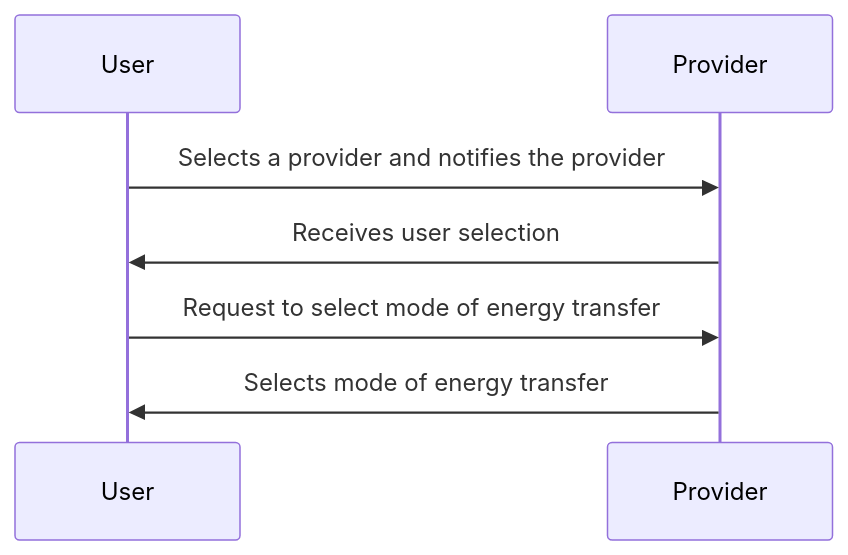
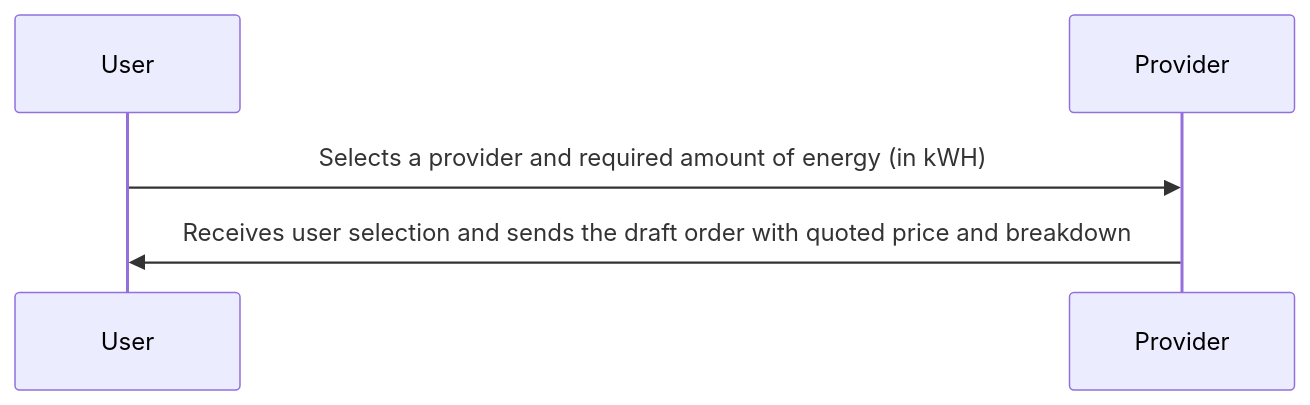
One commit to Sudheesh2609/DENT-Protocol changed the third of 8 diagrams in docs/implementation-guides/General_Energy_Transaction_1.md. Above: the diagram before and after it, drawn with Mermaid. The commit also changed other lines of this file, not shown here.

First line of the commit message:
Update General_Energy_Transaction_1.md

````diff
--- a/docs/implementation-guides/General_Energy_Transaction_1.md
+++ b/docs/implementation-guides/General_Energy_Transaction_1.md
@@ -130,7 +142,5 @@
 ```mermaid
     sequenceDiagram
-    User->>Provider: Selects a provider and notifies the provider
-    Provider->>User: Receives user selection
-    User->>Provider: Request to select mode of energy transfer
-    Provider->>User: Selects mode of energy transfer
+    User->>Provider: Selects a provider and required amount of energy (in kWH)
+    Provider->>User: Receives user selection and sends the draft order with quoted price and breakdown
 ```
````
